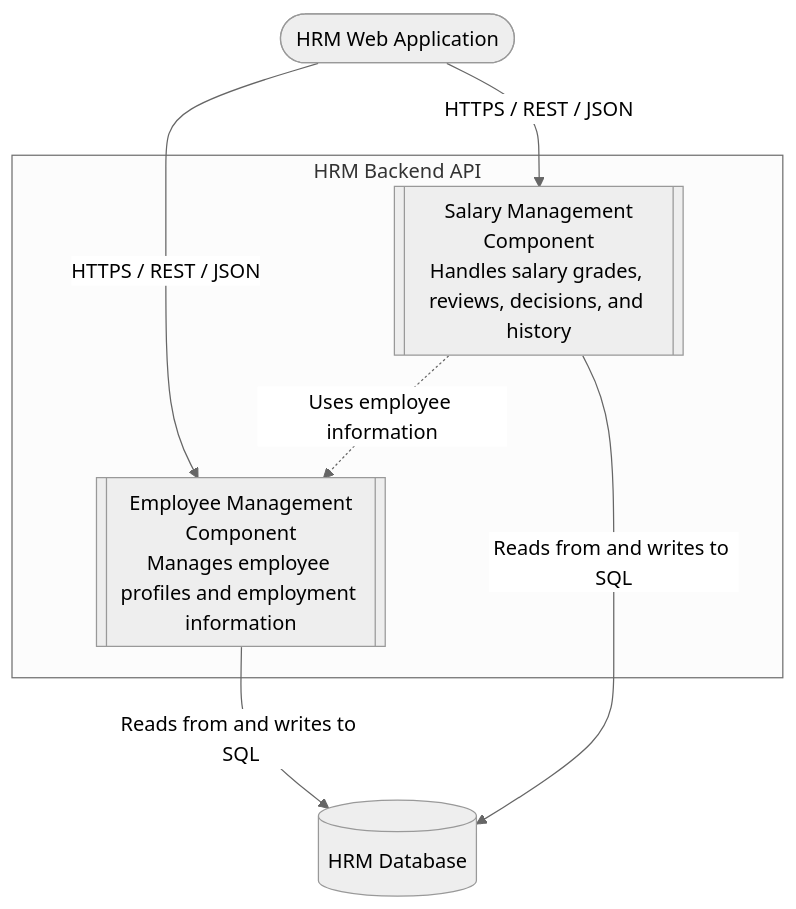
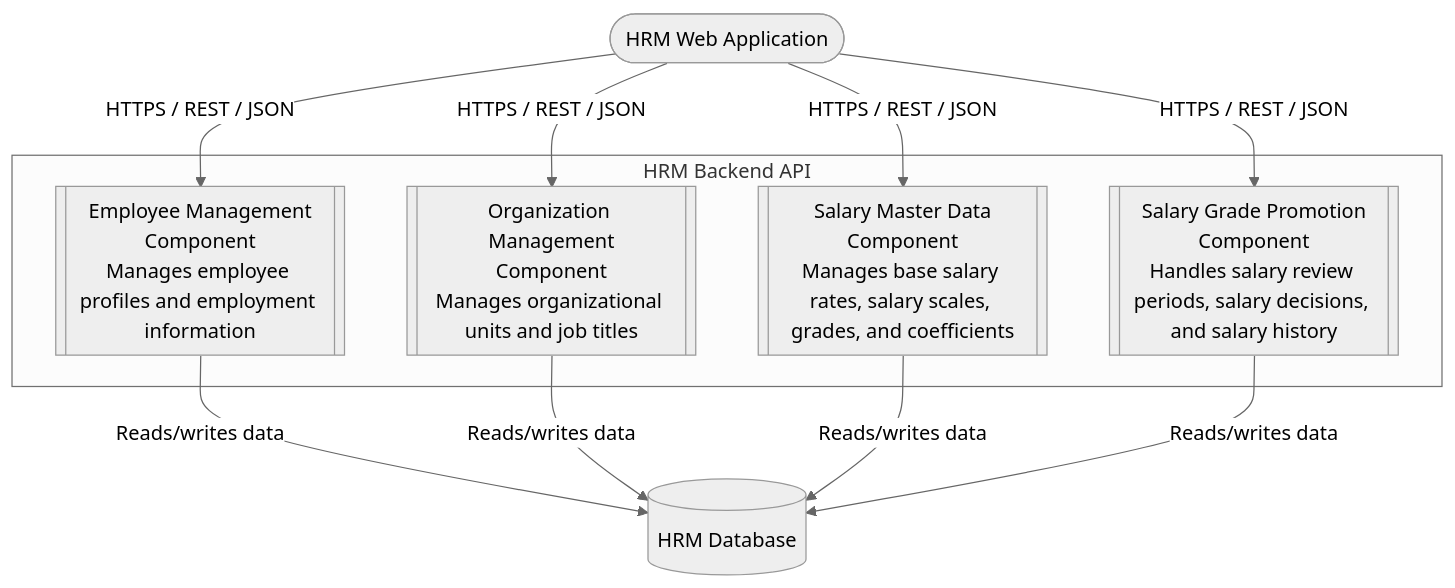
One commit to sang2197/QuanLyNhanSu-NguyenVanSang changed the third of 4 diagrams in README.md. Above: the diagram before and after it, drawn with Mermaid (neutral theme). The commit also changed other lines of this file and 30 other files, not shown here.

````diff
--- a/README.md
+++ b/README.md
@@ -133,19 +133,23 @@
 ```mermaid
 flowchart TB
     WEB([HRM Web Application])
 
     subgraph API["HRM Backend API"]
         EMP[["Employee Management<br/>Component<br/>Manages employee profiles and employment information"]]
-        SAL[["Salary Management<br/>Component<br/>Handles salary grades, reviews, decisions, and history"]]
+        ORG[["Organization Management<br/>Component<br/>Manages organizational units and job titles"]]
+        SAL[["Salary Master Data<br/>Component<br/>Manages base salary rates, salary scales, grades, and coefficients"]]
+        SGP[["Salary Grade Promotion<br/>Component<br/>Handles salary review periods, salary decisions, and salary history"]]
     end
 
     DB[("HRM Database")]
 
     WEB -->|HTTPS / REST / JSON| EMP
+    WEB -->|HTTPS / REST / JSON| ORG
     WEB -->|HTTPS / REST / JSON| SAL
+    WEB -->|HTTPS / REST / JSON| SGP
 
-    EMP -->|Reads from and writes to SQL| DB
-    SAL -->|Reads from and writes to SQL| DB
-
-    SAL -.->|Uses employee information| EMP
+    EMP -->|Reads/writes data| DB
+    ORG -->|Reads/writes data| DB
+    SAL -->|Reads/writes data| DB
+    SGP -->|Reads/writes data| DB
 ```
````
